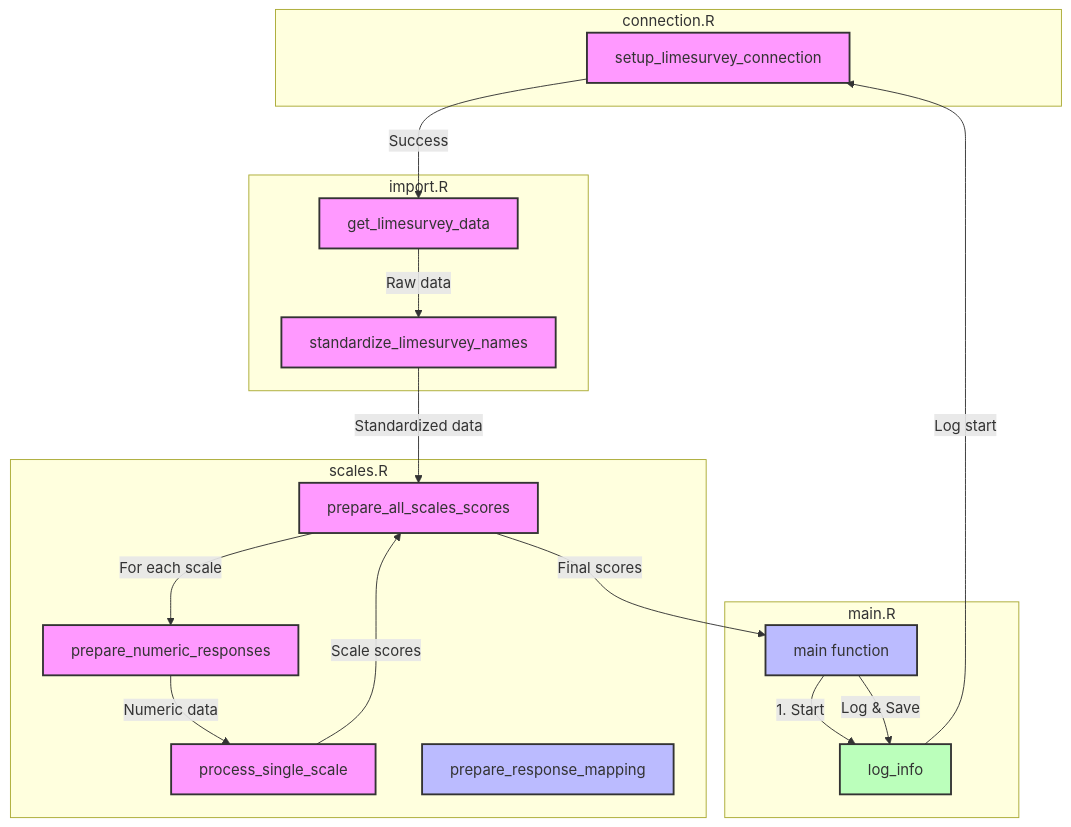
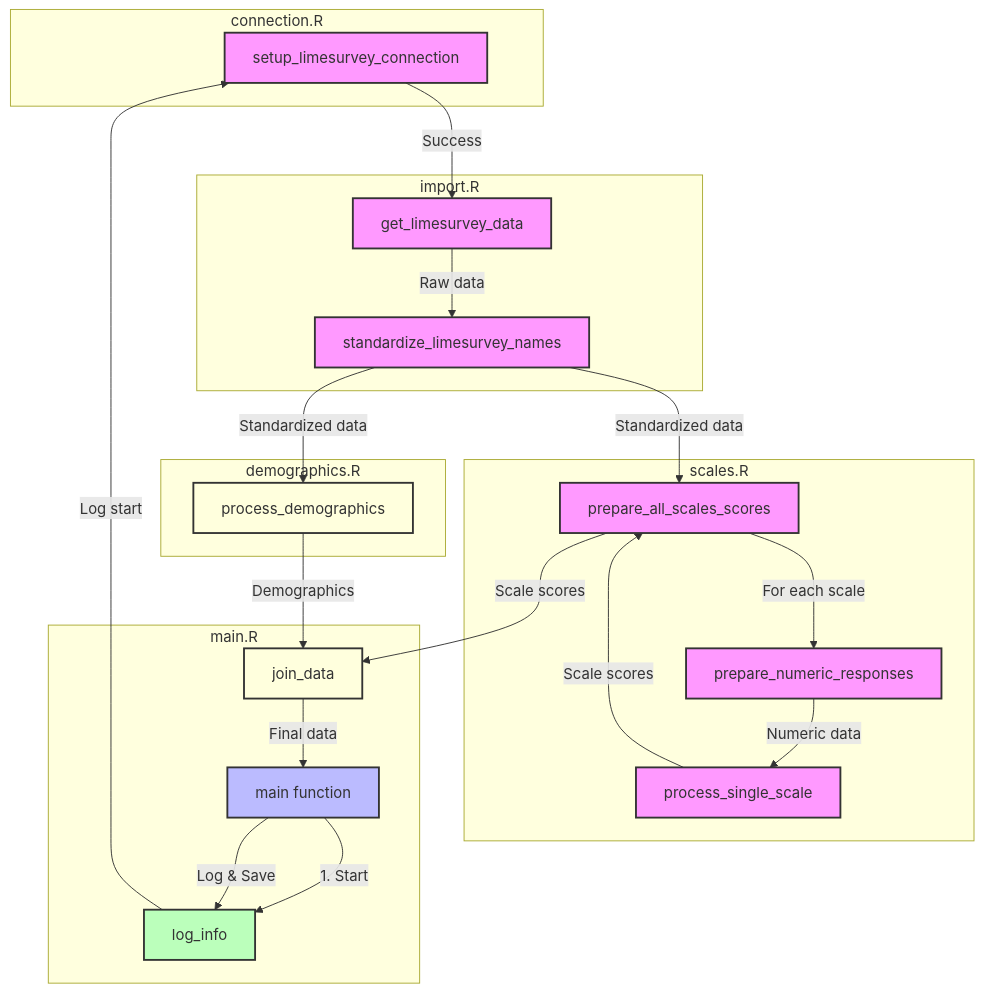
Before and after one commit to bresnico/macro-dashboard: the second of 2 diagrams in readme.md, drawn with Mermaid. The commit also changed other lines of this file, not shown here.

Commit message:
update readme pour demographics

````diff
--- a/readme.md
+++ b/readme.md
@@ -156,48 +160,53 @@
 ```mermaid
 flowchart TD
     subgraph "connection.R"
         A[setup_limesurvey_connection]
     end
-
     subgraph "import.R"
         B[get_limesurvey_data]
         C[standardize_limesurvey_names]
     end
-
     subgraph "scales.R"
         D[prepare_numeric_responses]
         E[process_single_scale]
         F[prepare_all_scales_scores]
-        G[prepare_response_mapping]
     end
-
+    subgraph "demographics.R" 
+        J[process_demographics]
+    end
     subgraph "main.R"
         H[main function]
         I[log_info]
+        K[join_data]
     end
-
-    %% Connexions du workflow
+    
+    %% Workflow principal
     H -->|"1. Start"| I
     I -->|"Log start"| A
     A -->|"Success"| B
     B -->|"Raw data"| C
     C -->|"Standardized data"| F
+    C -->|"Standardized data"| J
     
-    %% Sous-processus de prepare_all_scales_scores
+    %% Sous-processus scales
     F -->|"For each scale"| D
     D -->|"Numeric data"| E
     E -->|"Scale scores"| F
     
-    %% Finalization
-    F -->|"Final scores"| H
+    %% Jointure et finalisation
+    F -->|"Scale scores"| K
+    J -->|"Demographics"| K
+    K -->|"Final data"| H
     H -->|"Log & Save"| I
-
+    
     %% Styling
     classDef processNode fill:#f9f,stroke:#333,stroke-width:2px
     classDef dataNode fill:#bbf,stroke:#333,stroke-width:2px
     classDef logNode fill:#bfb,stroke:#333,stroke-width:2px
+    classDef demoNode fill:#ffd,stroke:#333,stroke-width:2px
     
     class A,B,C,D,E,F processNode
-    class G,H dataNode
+    class H dataNode
     class I logNode
+    class J,K demoNode
 ```
````
